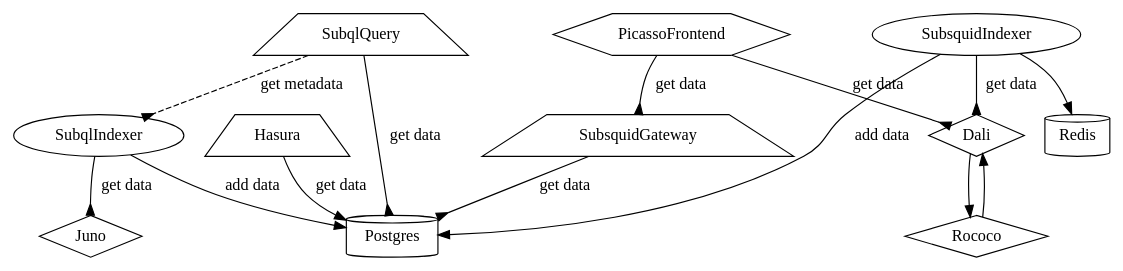
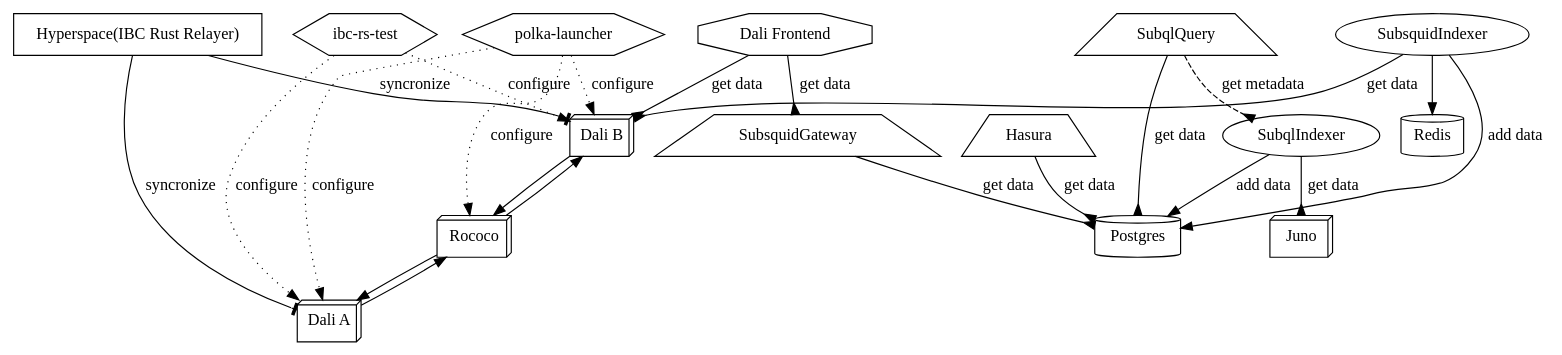
The diagram in .nix/arion-xcvm.dot (ComposableFi/composable), drawn with Graphviz before and after one commit. The commit also changed 8 other files, not shown here.

```diff
--- a/.nix/arion-xcvm.dot
+++ b/.nix/arion-xcvm.dot
@@ -1,25 +1,45 @@
 digraph arion_xcvm {
-    Dali [shape = diamond]
-    Rococo [shape = diamond]
-    Juno [shape = diamond]
-    Hasura [shape = trapezium]    
-    SubqlQuery [shape = trapezium]
-    SubsquidGateway [shape = trapezium]
-    Postgres [shape = cylinder]
-    Redis [shape = cylinder]
-    PicassoFrontend [shape=hexagon]
+    graph [fontname = "Handlee"];
+    node [fontname = "Handlee"];
+    edge [fontname = "Handlee"];    
+    Dali [shape = box3d; label = "Dali B";];
+    Rococo [shape = box3d;];
+    Juno [shape = box3d;];
+    sibling [shape = box3d;label = "Dali A";];
+    Hasura [shape = trapezium;];
+    SubqlQuery [shape = trapezium;];
+    SubsquidGateway [shape = trapezium;];
+    Postgres [shape = cylinder;];
+    Redis [shape = cylinder;];
+    dali_frontend [shape = octagon;label = "Dali Frontend";];
+    hyperspace [shape = rectangle;label = "Hyperspace(IBC Rust Relayer)";];
     
-    PicassoFrontend -> Dali [label = "get data" arrowhead = inv]
-    PicassoFrontend -> SubsquidGateway [label = "get data" arrowhead = inv]
-    Hasura -> Postgres [label = "get data"]
-    SubqlIndexer -> Juno [label = "get data" arrowhead = inv]
-    SubsquidIndexer -> Redis
-    SubsquidIndexer -> Postgres [label = "add data"]
-    SubsquidIndexer -> Dali [label = "get data" arrowhead = inv]
-    SubqlIndexer -> Postgres [label = "add data"]
-    SubqlQuery -> Postgres [label = "get data" arrowhead = inv]
-    SubqlQuery -> SubqlIndexer [style = dashed label = "get metadata" arrowhead = inv]
-    SubsquidGateway -> Postgres [label = "get data" arrowhead = inv]
-    Dali -> Rococo
-    Rococo -> Dali 
+    dali_frontend -> Dali [label = "get data"; arrowhead = inv;];
+    dali_frontend -> SubsquidGateway [label = "get data"; arrowhead = inv;];
+    Hasura -> Postgres [label = "get data"; arrowhead = inv;];
+    SubqlIndexer -> Juno [label = "get data"; arrowhead = inv;];
+    SubsquidIndexer -> Redis;
+    SubsquidIndexer -> Postgres [label = "add data";];
+    SubsquidIndexer -> Dali [label = "get data"; arrowhead = inv;];
+    SubqlIndexer -> Postgres [label = "add data";];
+    SubqlQuery -> Postgres [label = "get data"; arrowhead = inv;];
+    SubqlQuery -> SubqlIndexer [style = dashed; label = "get metadata"; arrowhead = inv;];
+    SubsquidGateway -> Postgres [label = "get data"; arrowhead = inv;];
+    Dali -> Rococo;
+    Rococo -> Dali;
+    Rococo -> sibling;
+    sibling -> Rococo;
+    
+    hyperspace -> Dali [label = "syncronize"; arrowhead = tee;];
+    hyperspace -> sibling [label = "syncronize"; arrowhead = tee;];
+    
+    ibc_test [shape = hexagon;label = "ibc-rs-test";];    
+    
+    ibc_test -> Dali [label = "configure"; style = dotted;];
+    ibc_test -> sibling [label = "configure"; style = dotted;];
+
+    zombient  -> Dali [label = "configure"; style = dotted;];
+    zombient  [shape = hexagon;label = "polka-launcher";];    
+    zombient -> sibling [label = "configure"; style = dotted;];
+    zombient -> Rococo [label = "configure"; style = dotted;];
 }
```
